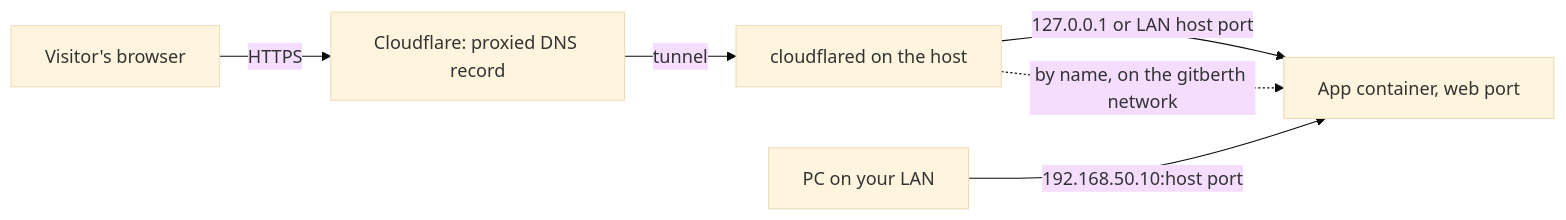
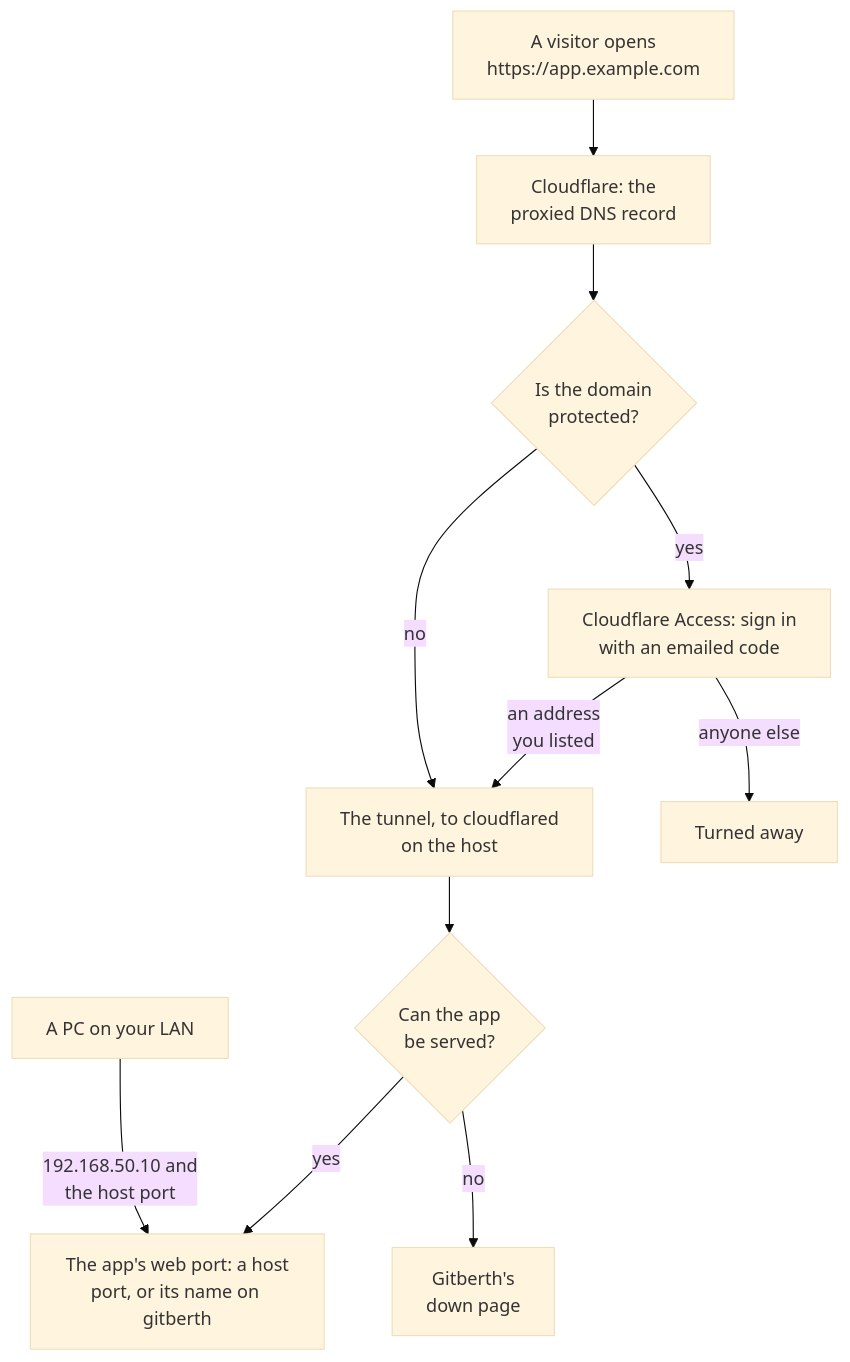
The diagram in docs/guides/domains.md (johnhowelljr/Gitberth), drawn with Mermaid (base theme) before and after one commit. The commit also changed other lines of this file and 272 other files, not shown here.

````diff
--- a/docs/guides/domains.md
+++ b/docs/guides/domains.md
@@ -175,8 +175,13 @@
 ```mermaid
-flowchart LR
-    visitor["Visitor's browser"] -->|"HTTPS"| cf["Cloudflare: proxied DNS record"]
-    cf -->|"tunnel"| cloudflared["cloudflared on the host"]
-    cloudflared -->|"127.0.0.1 or LAN host port"| app["App container, web port"]
-    cloudflared -.->|"by name, on the gitberth network"| app
-    pc["PC on your LAN"] -->|"192.168.50.10:host port"| app
+flowchart TD
+    visitor["A visitor opens<br/>https://app.example.com"] --> dns["Cloudflare: the<br/>proxied DNS record"]
+    dns --> protected{"Is the domain<br/>protected?"}
+    protected -->|"yes"| access["Cloudflare Access: sign in<br/>with an emailed code"]
+    access -->|"an address<br/>you listed"| tunnel["The tunnel, to cloudflared<br/>on the host"]
+    access -->|"anyone else"| denied["Turned away"]
+    protected -->|"no"| tunnel
+    tunnel --> serving{"Can the app<br/>be served?"}
+    serving -->|"yes"| app["The app's web port: a host<br/>port, or its name on gitberth"]
+    serving -->|"no"| down["Gitberth's<br/>down page"]
+    pc["A PC on your LAN"] -->|"192.168.50.10 and<br/>the host port"| app
 ```
````
